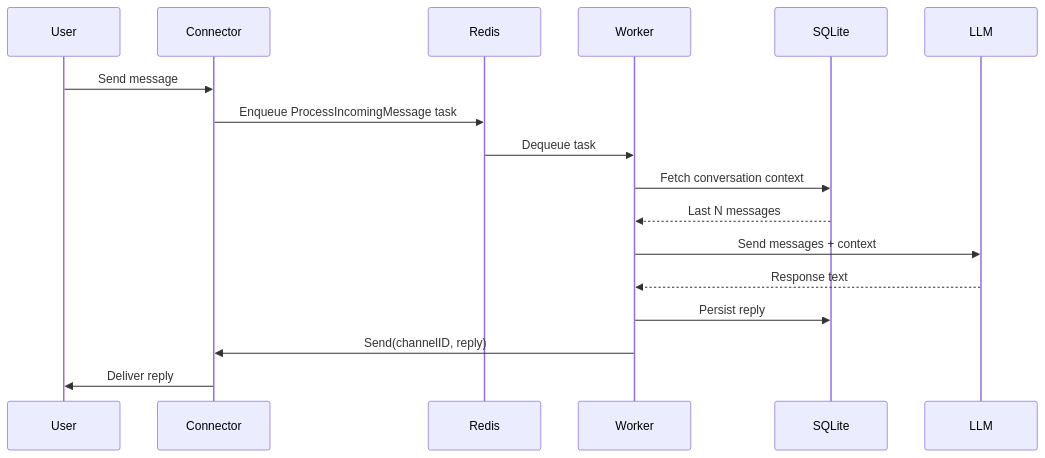
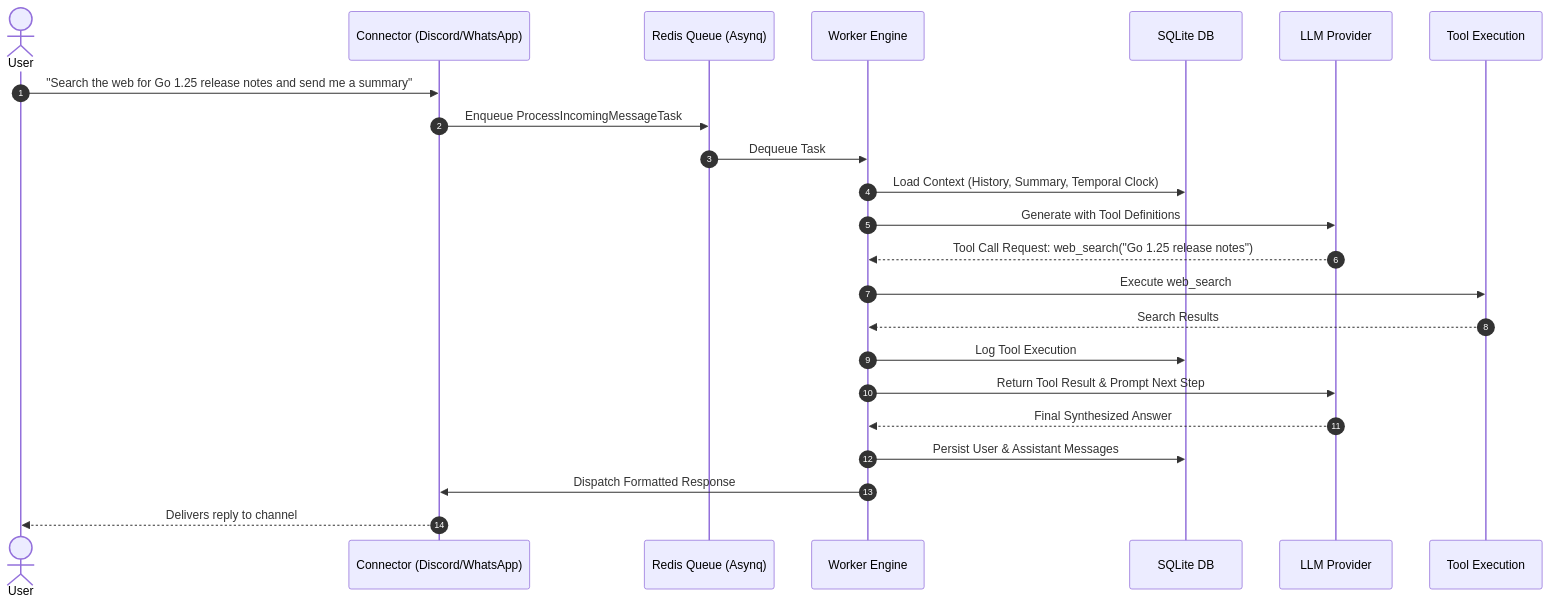
The second of 2 diagrams in Readme.md (DemitriusQuadros/bruce), drawn with Mermaid before and after one commit. The commit also changed other lines of this file and 13 other files, not shown here.

````diff
--- a/Readme.md
+++ b/Readme.md
@@ -78,20 +122,26 @@
 ```mermaid
 sequenceDiagram
-    participant U as User
-    participant C as Connector
-    participant R as Redis
-    participant W as Worker
-    participant D as SQLite
-    participant L as LLM
+    autonumber
+    actor User
+    participant Connector as Connector (Discord/WhatsApp)
+    participant Redis as Redis Queue (Asynq)
+    participant Worker as Worker Engine
+    participant SQLite as SQLite DB
+    participant LLM as LLM Provider
+    participant Tool as Tool Execution
 
-    U->>C: Send message
-    C->>R: Enqueue ProcessIncomingMessage task
-    R->>W: Dequeue task
-    W->>D: Fetch conversation context
-    D-->>W: Last N messages
-    W->>L: Send messages + context
-    L-->>W: Response text
-    W->>D: Persist reply
-    W->>C: Send(channelID, reply)
-    C->>U: Deliver reply
+    User->>Connector: "Search the web for Go 1.25 release notes and send me a summary"
+    Connector->>Redis: Enqueue ProcessIncomingMessageTask
+    Redis->>Worker: Dequeue Task
+    Worker->>SQLite: Load Context (History, Summary, Temporal Clock)
+    Worker->>LLM: Generate with Tool Definitions
+    LLM-->>Worker: Tool Call Request: web_search("Go 1.25 release notes")
+    Worker->>Tool: Execute web_search
+    Tool-->>Worker: Search Results
+    Worker->>SQLite: Log Tool Execution
+    Worker->>LLM: Return Tool Result & Prompt Next Step
+    LLM-->>Worker: Final Synthesized Answer
+    Worker->>SQLite: Persist User & Assistant Messages
+    Worker->>Connector: Dispatch Formatted Response
+    Connector-->>User: Delivers reply to channel
 ```
````
